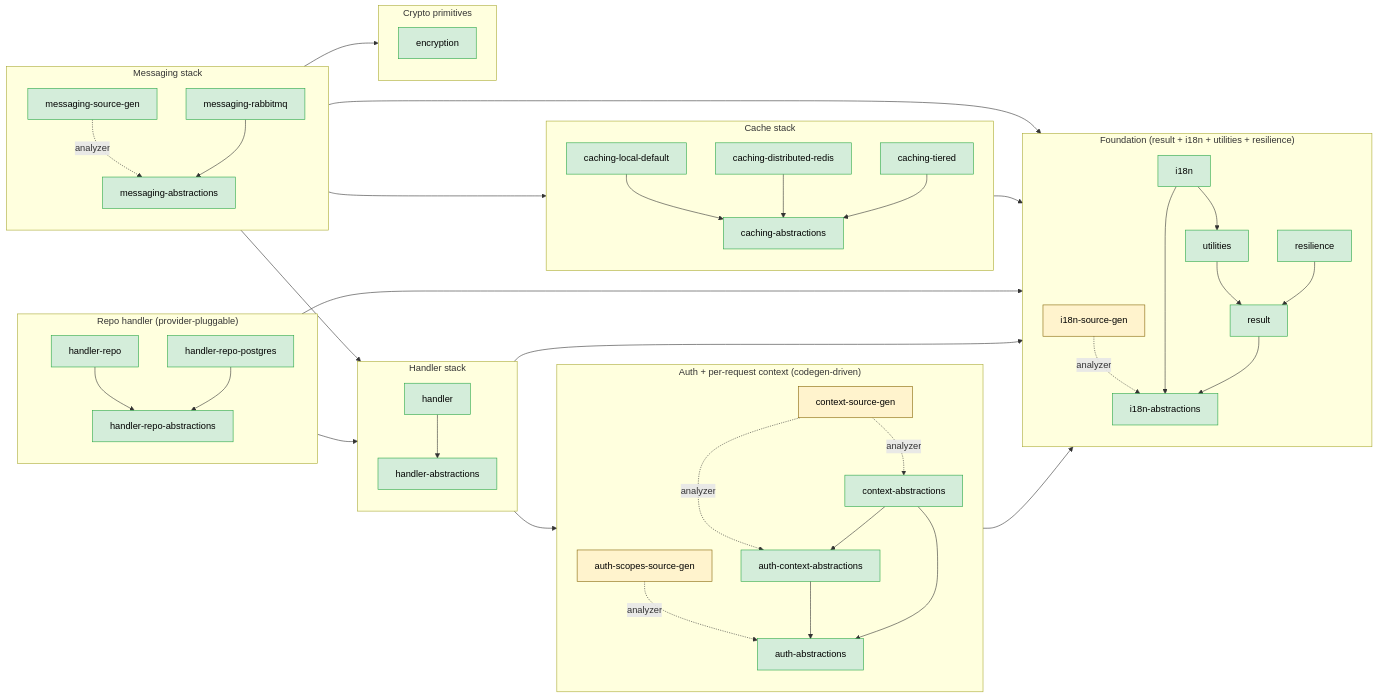
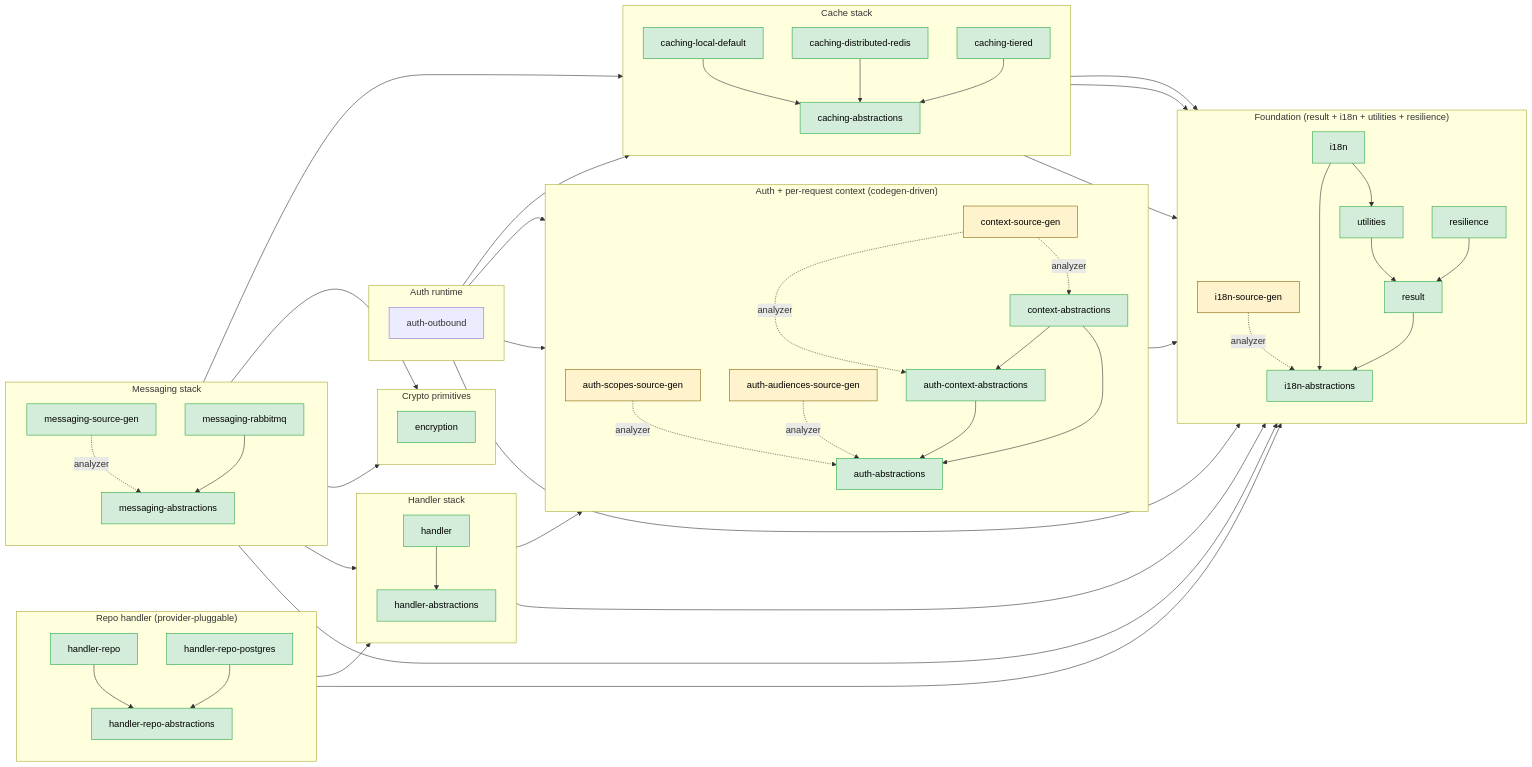
Before and after one commit to DSCV-io/D2-WORX: the diagram in server/shared/dotnet/README.md, drawn with Mermaid. The commit also changed other lines of this file and 197 other files, not shown here.

First line of the commit message:
feat(shared): D2.Shared.Auth.Outbound + dev workflow framework + shared-libs-review sweep (deliverable 0001)

```diff
--- a/server/shared/dotnet/README.md
+++ b/server/shared/dotnet/README.md
@@ -78,12 +80,14 @@
     subgraph AUTHCTX["Auth + per-request context (codegen-driven)"]
         direction TB
         AuthScopesSG[auth-scopes-source-gen]:::analyzer
+        AuthAudiencesSG[auth-audiences-source-gen]:::analyzer
         AuthAbs[auth-abstractions]
         ContextSG[context-source-gen]:::analyzer
         AuthCtxAbs[auth-context-abstractions]
         CtxAbs[context-abstractions]
 
         AuthScopesSG -.->|analyzer| AuthAbs
+        AuthAudiencesSG -.->|analyzer| AuthAbs
         ContextSG -.->|analyzer| AuthCtxAbs
         ContextSG -.->|analyzer| CtxAbs
         AuthCtxAbs --> AuthAbs
@@ -97,6 +101,14 @@
         Handler[handler]
 
         Handler --> HandlerAbs
+    end
+
+    subgraph AUTHRUNTIME["Auth runtime"]
+        direction TB
+        AuthOutbound[auth-outbound]
+
+        AuthOutbound --> AuthAbs
+        AuthOutbound --> CtxAbs
     end
 
     subgraph REPO["Repo handler (provider-pluggable)"]
@@ -144,7 +156,12 @@
     Repo --> Handler
     RepoAbs --> I18n
     CacheAbs --> Result
+    CacheLocal --> Utilities
+    CacheRedis --> Utilities
+    AuthOutbound --> CacheAbs
+    AuthOutbound --> Resilience
     MsgAbs --> Handler
+    MsgAbs --> Encryption
     MsgRabbit --> Encryption
     MsgRabbit --> CacheAbs
     MsgRabbit --> Resilience
```
